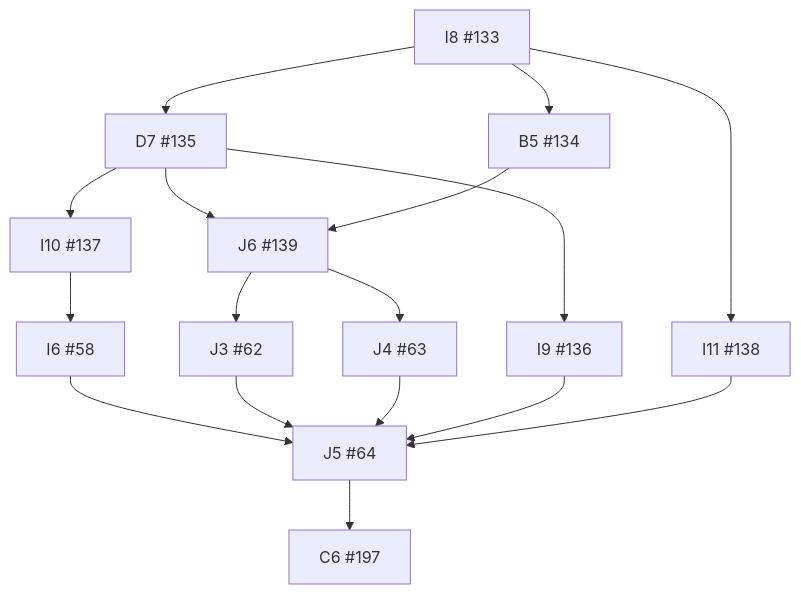
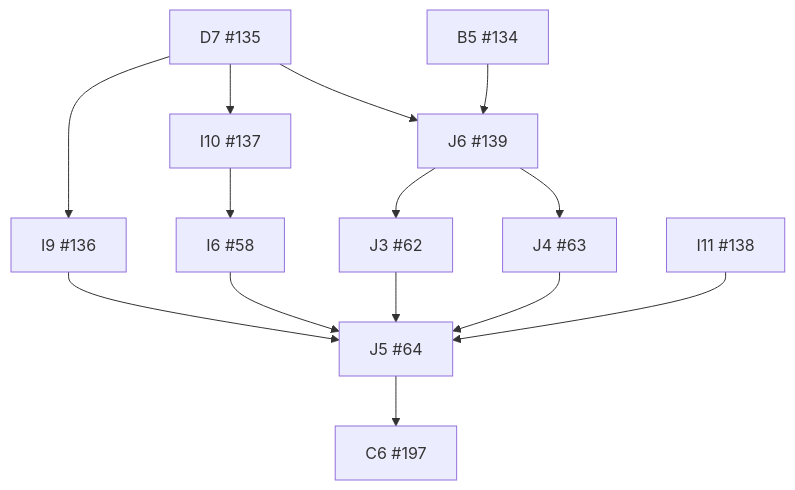
Before and after one commit to wojtekpiskorz/kiero: the diagram in docs/implementation/dependency-graph.md, drawn with Mermaid. The commit also changed other lines of this file and 7 other files, not shown here.

````diff
--- a/docs/implementation/dependency-graph.md
+++ b/docs/implementation/dependency-graph.md
@@ -9,31 +9,27 @@
 ```mermaid
 flowchart TD
   I6["I6 #58"]
   J3["J3 #62"]
   J4["J4 #63"]
   J5["J5 #64"]
-  I8["I8 #133"]
   B5["B5 #134"]
   D7["D7 #135"]
   I9["I9 #136"]
   I10["I10 #137"]
   I11["I11 #138"]
   J6["J6 #139"]
   C6["C6 #197"]
   I10 --> I6
   J6 --> J3
   J6 --> J4
   I6 --> J5
   J3 --> J5
   J4 --> J5
   I9 --> J5
   I11 --> J5
-  I8 --> B5
-  I8 --> D7
   D7 --> I9
   D7 --> I10
-  I8 --> I11
   D7 --> J6
   B5 --> J6
   J5 --> C6
 ```
````
